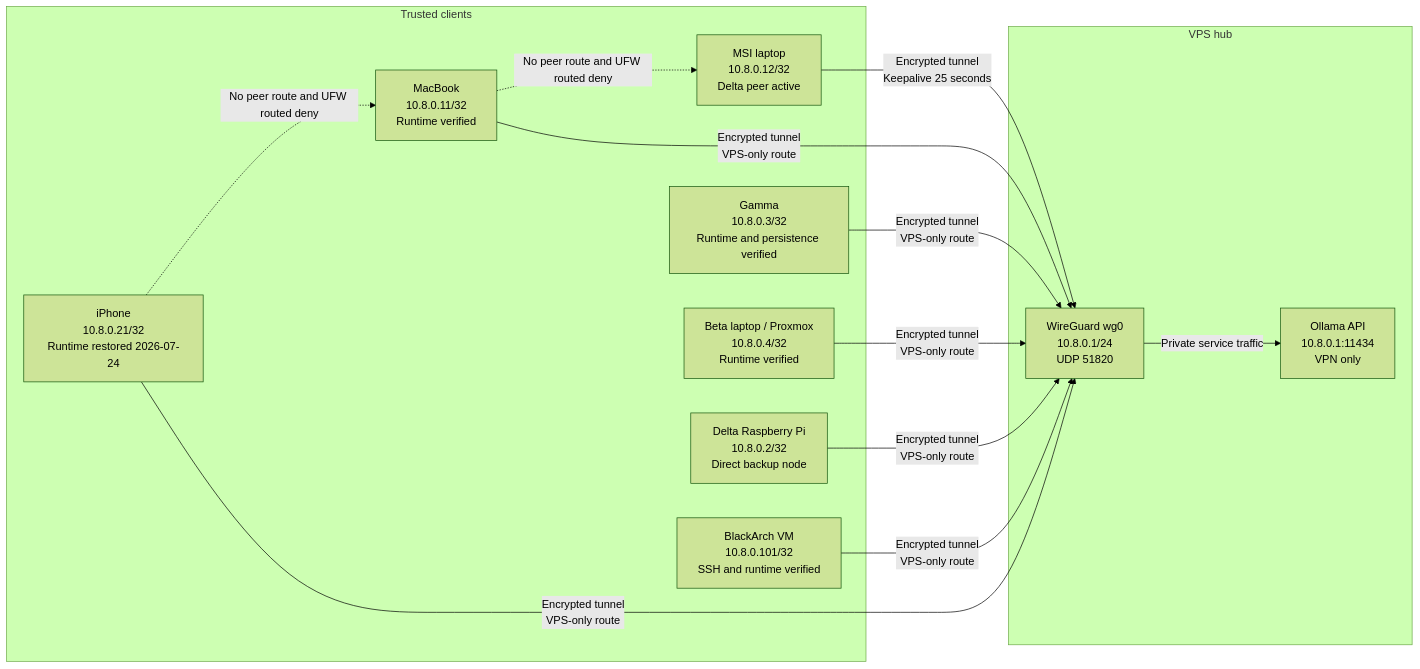
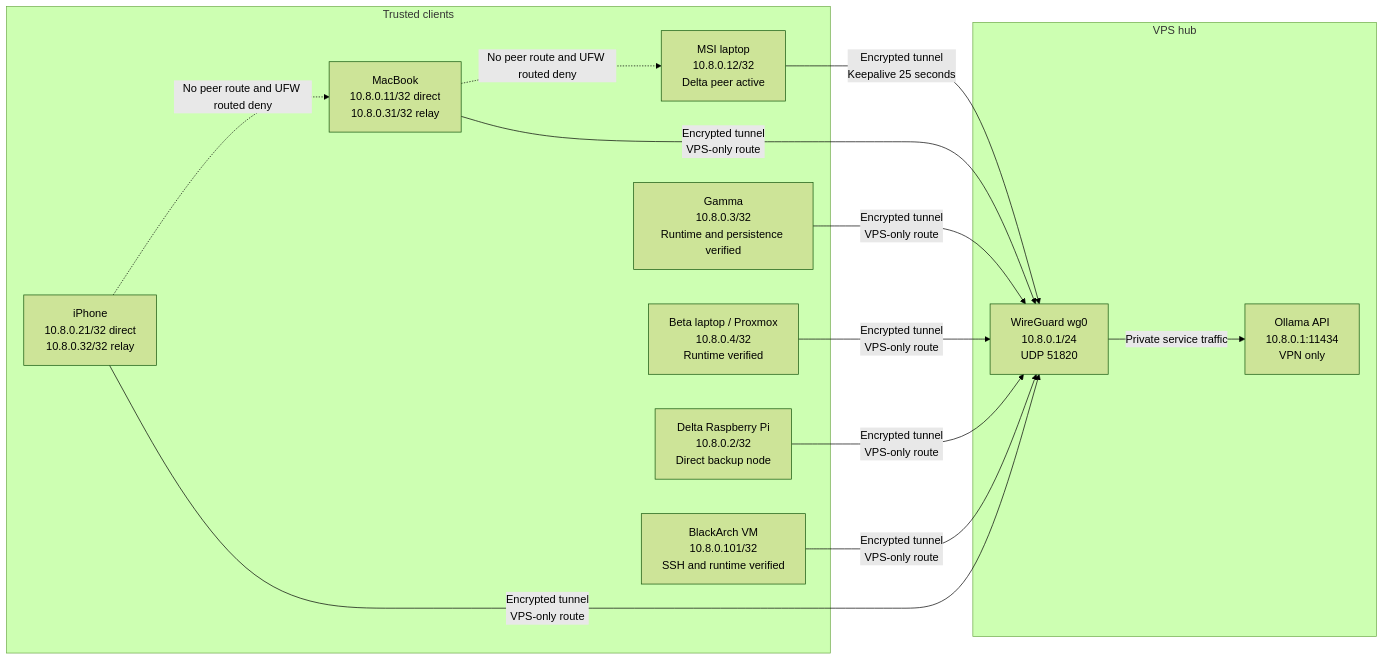
The diagram in content/docs/vps-alpha/wireguard.mdx (Manuel0516/zero-five-handbook), drawn with Mermaid (forest theme) before and after one commit. The commit also changed other lines of this file and 8 other files, not shown here.

````diff
--- a/content/docs/vps-alpha/wireguard.mdx
+++ b/content/docs/vps-alpha/wireguard.mdx
@@ -20,28 +20,28 @@
 ```mermaid
 flowchart LR
     subgraph clients["Trusted clients"]
         cachyos["MSI laptop<br/>10.8.0.12/32<br/>Delta peer active"]
-        macbook["MacBook<br/>10.8.0.11/32<br/>Runtime verified"]
+        macbook["MacBook<br/>10.8.0.11/32 direct<br/>10.8.0.31/32 relay"]
         gamma["Gamma<br/>10.8.0.3/32<br/>Runtime and persistence verified"]
         beta["Beta laptop / Proxmox<br/>10.8.0.4/32<br/>Runtime verified"]
         delta["Delta Raspberry Pi<br/>10.8.0.2/32<br/>Direct backup node"]
         blackarch["BlackArch VM<br/>10.8.0.101/32<br/>SSH and runtime verified"]
-        iphone["iPhone<br/>10.8.0.21/32<br/>Runtime restored 2026-07-24"]
+        iphone["iPhone<br/>10.8.0.21/32 direct<br/>10.8.0.32/32 relay"]
     end
 
     subgraph vps["VPS hub"]
         wg["WireGuard wg0<br/>10.8.0.1/24<br/>UDP 51820"]
         ollama["Ollama API<br/>10.8.0.1:11434<br/>VPN only"]
     end
 
     cachyos -->|"Encrypted tunnel<br/>Keepalive 25 seconds"| wg
     macbook -->|"Encrypted tunnel<br/>VPS-only route"| wg
     gamma -->|"Encrypted tunnel<br/>VPS-only route"| wg
     beta -->|"Encrypted tunnel<br/>VPS-only route"| wg
     delta -->|"Encrypted tunnel<br/>VPS-only route"| wg
     blackarch -->|"Encrypted tunnel<br/>VPS-only route"| wg
     iphone -->|"Encrypted tunnel<br/>VPS-only route"| wg
     wg -->|"Private service traffic"| ollama
     macbook -. "No peer route and UFW routed deny" .-> cachyos
     iphone -. "No peer route and UFW routed deny" .-> macbook
 ```
````
